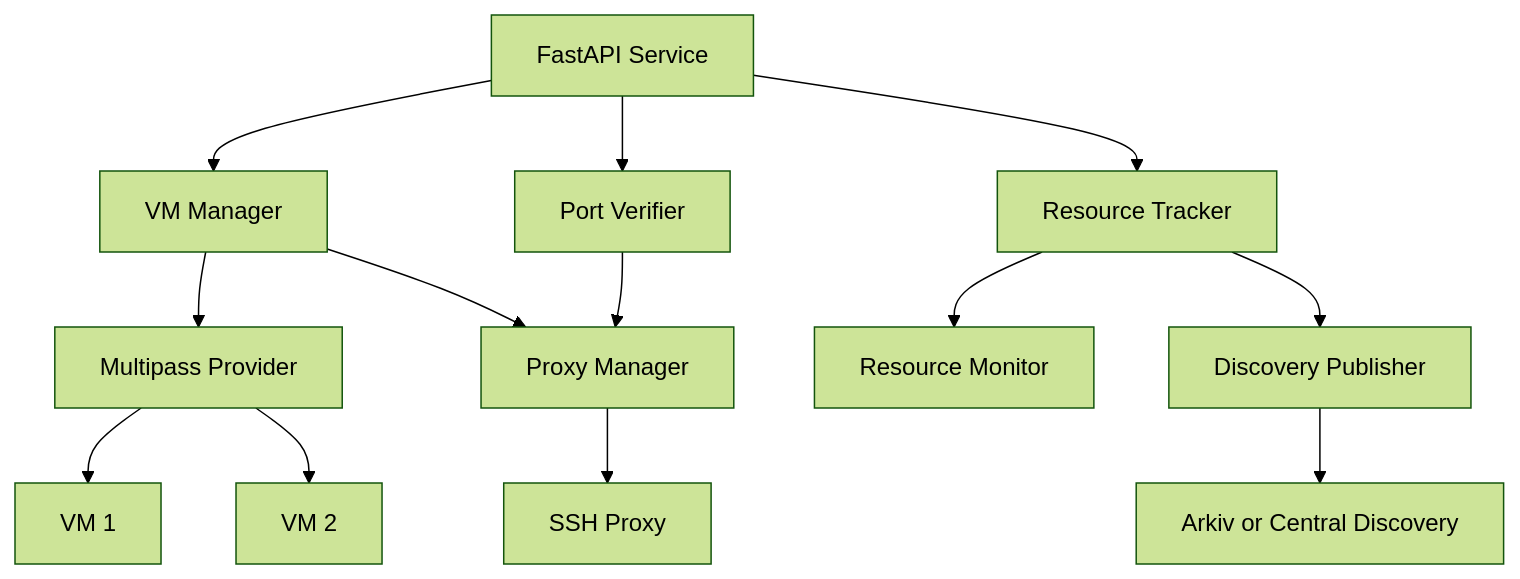
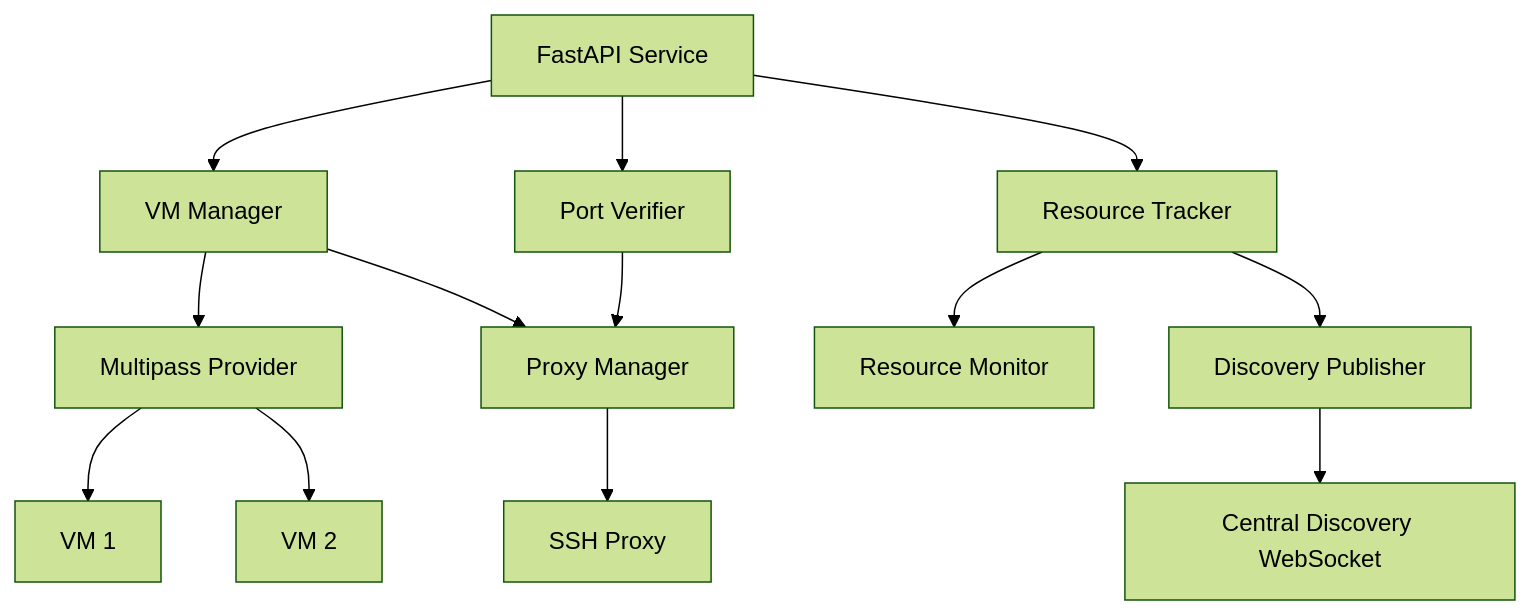
Before and after one commit to cryptobench/vm-on-golem: the first of 6 diagrams in provider-server/README.md, drawn with Mermaid (forest theme). The commit also changed other lines of this file and 87 other files, not shown here.

````diff
--- a/provider-server/README.md
+++ b/provider-server/README.md
@@ -95,15 +95,15 @@
 ```mermaid
 graph TB
     API[FastAPI Service] --> VMM[VM Manager]
     API --> RT[Resource Tracker]
     API --> PV[Port Verifier]
     VMM --> MP[Multipass Provider]
     VMM --> PM[Proxy Manager]
     RT --> RM[Resource Monitor]
     RT --> AD[Discovery Publisher]
-    AD --> ARK[Arkiv or Central Discovery]
+    AD --> CD[Central Discovery WebSocket]
     PM --> SSH[SSH Proxy]
     PV --> PM
     MP --> VM1[VM 1]
     MP --> VM2[VM 2]
 ```
````
